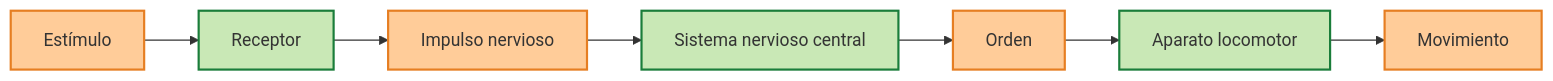
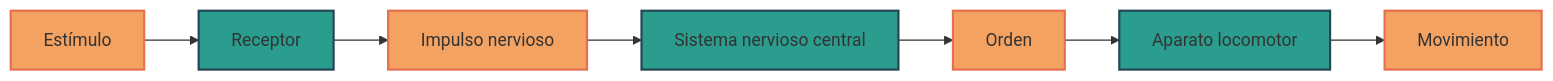
Before and after one commit to AlejandroBM99/mkdocs-biology: the diagram in docs/system/locomotor.md, drawn with Mermaid. The commit also changed 8 other files, not shown here.

````diff
--- a/docs/system/locomotor.md
+++ b/docs/system/locomotor.md
@@ -7,12 +7,12 @@
 ```mermaid
 flowchart LR
     A[Estímulo]:::orange --> B[Receptor]:::green
     B --> C[Impulso nervioso]:::orange
     C --> D[Sistema nervioso central]:::green
     D --> E[Orden]:::orange
     E --> F[Aparato locomotor]:::green
     F --> G[Movimiento]:::orange
 
-    classDef orange fill:#FFCC99,stroke:#E67E22,stroke-width:2px;
-    classDef green fill:#C9E8B6,stroke:#1A7D3A,stroke-width:2px;
+    classDef orange fill:#F4A261,stroke:#E76F51,stroke-width:2px;
+    classDef green fill:#2A9D8F,stroke:#264653,stroke-width:2px;
 ```
````
